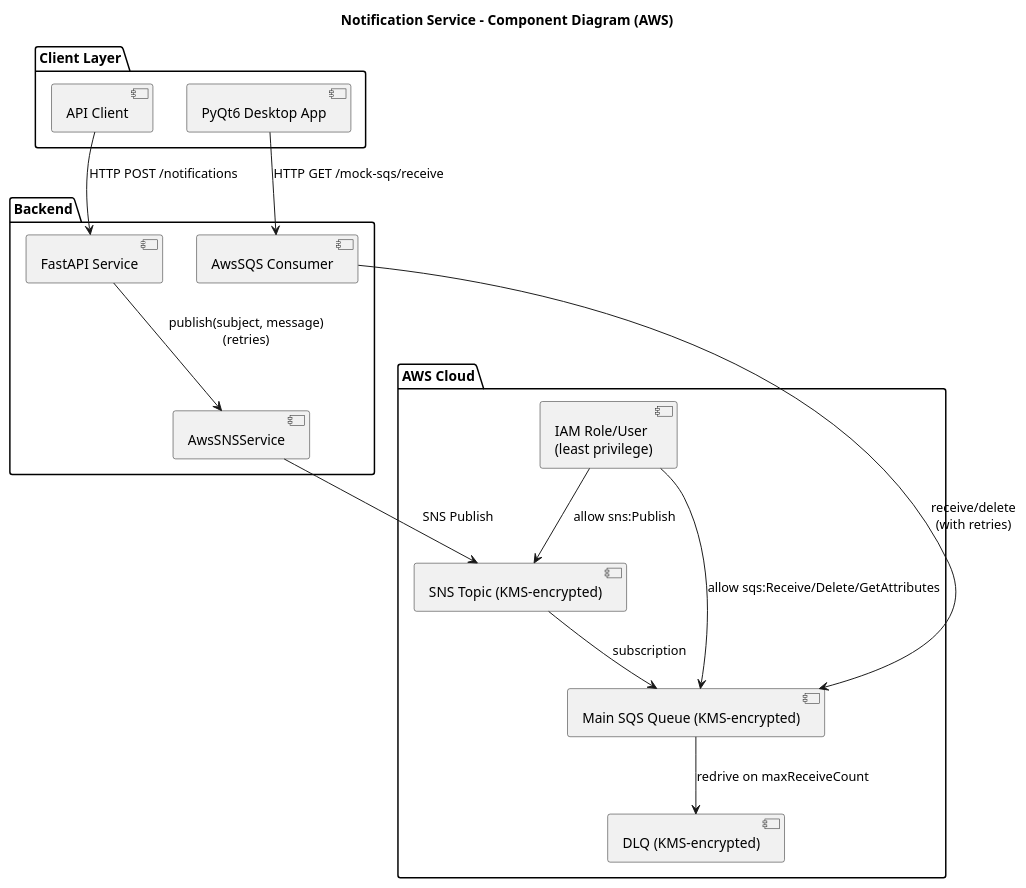
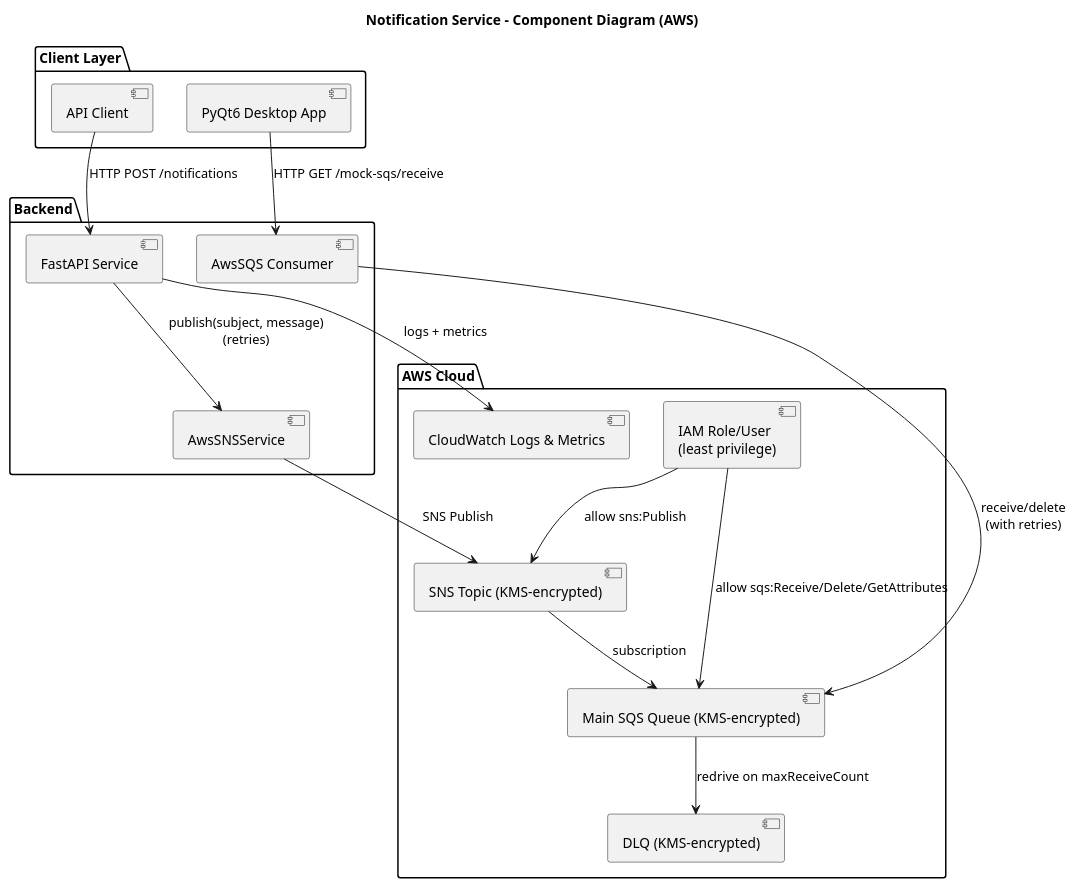
One commit to JuanPlazasEpam/sns-example changed the diagram in diagrams/component.puml. Above: the diagram before and after it, drawn with PlantUML. The commit also changed 4 other files, not shown here.

```diff
--- a/diagrams/component.puml
+++ b/diagrams/component.puml
@@ -1,37 +1,40 @@
 @startuml
 title Notification Service – Component Diagram (AWS)
 
 package "Client Layer" {
     [API Client]
     [PyQt6 Desktop App]
 }
 
 package "Backend" {
     [FastAPI Service]
     [AwsSNSService]
     [AwsSQS Consumer]
 }
 
 package "AWS Cloud" {
     [SNS Topic (KMS-encrypted)]
     [Main SQS Queue (KMS-encrypted)]
     [DLQ (KMS-encrypted)]
     [IAM Role/User\n(least privilege)]
+    [CloudWatch Logs & Metrics]
 }
 
 [API Client] --> [FastAPI Service] : HTTP POST /notifications
 
 [FastAPI Service] --> [AwsSNSService] : publish(subject, message)\n(retries)
 
 [AwsSNSService] --> [SNS Topic (KMS-encrypted)] : SNS Publish
 [SNS Topic (KMS-encrypted)] --> [Main SQS Queue (KMS-encrypted)] : subscription
 
 [PyQt6 Desktop App] --> [AwsSQS Consumer] : HTTP GET /mock-sqs/receive
 [AwsSQS Consumer] --> [Main SQS Queue (KMS-encrypted)] : receive/delete\n(with retries)
 
 [Main SQS Queue (KMS-encrypted)] --> [DLQ (KMS-encrypted)] : redrive on maxReceiveCount
 
 [IAM Role/User\n(least privilege)] --> [SNS Topic (KMS-encrypted)] : allow sns:Publish
 [IAM Role/User\n(least privilege)] --> [Main SQS Queue (KMS-encrypted)] : allow sqs:Receive/Delete/GetAttributes
 
+[FastAPI Service] --> [CloudWatch Logs & Metrics] : logs + metrics
+
 @enduml
```
